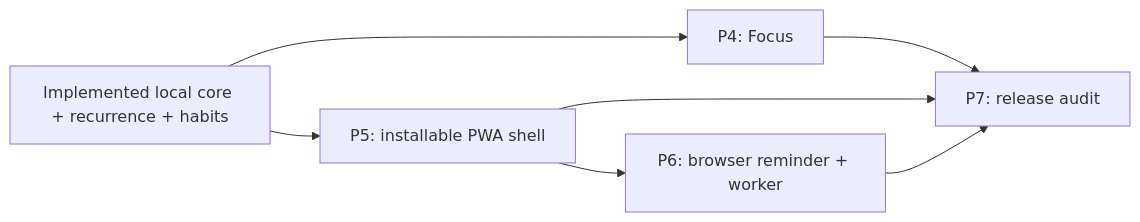
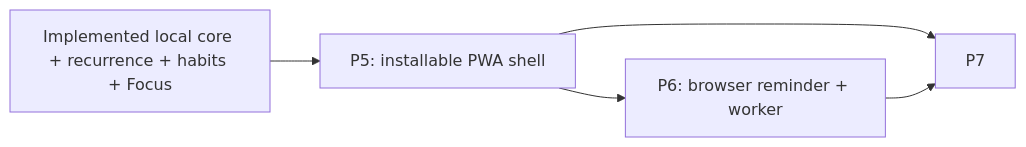
One commit to felixfirefighter/opentask changed the diagram in docs/IMPLEMENTATION_PLAN.md. Above: the diagram before and after it, drawn with Mermaid. The commit also changed other lines of this file and 172 other files, not shown here.

````diff
--- a/docs/IMPLEMENTATION_PLAN.md
+++ b/docs/IMPLEMENTATION_PLAN.md
@@ -24,9 +23,7 @@
 ```mermaid
 flowchart LR
-    BASELINE["Implemented local core + recurrence + habits"] --> P4["P4: Focus"]
-    BASELINE --> P5["P5: installable PWA shell"]
+    BASELINE["Implemented local core + recurrence + habits + Focus"] --> P5["P5: installable PWA shell"]
     P5 --> P6["P6: browser reminder + worker"]
-    P4 --> P7["P7: release audit"]
     P5 --> P7
     P6 --> P7
 ```
````
